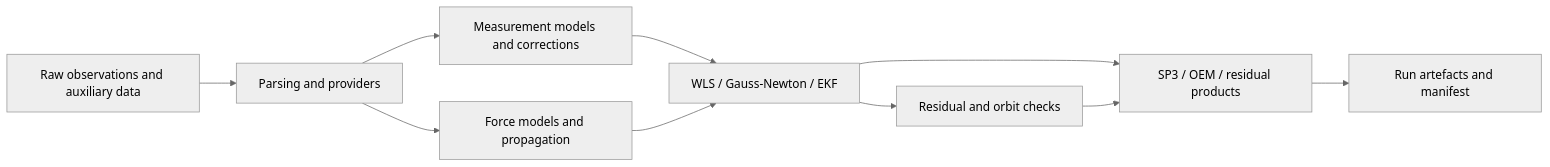
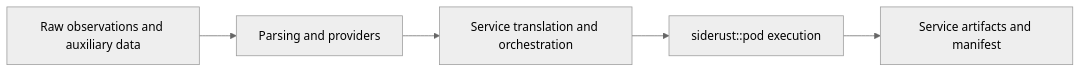
Before and after one commit to VPRamon/spod: the second of 2 diagrams in docs/architecture/overview.md, drawn with Mermaid (neutral theme). The commit also changed other lines of this file and 107 other files, not shown here.

````diff
--- a/docs/architecture/overview.md
+++ b/docs/architecture/overview.md
@@ -45,12 +41,7 @@
 ```mermaid
 flowchart LR
     RAW[Raw observations and auxiliary data] --> IO[Parsing and providers]
-    IO --> OBS[Measurement models and corrections]
-    IO --> DYN[Force models and propagation]
-    OBS --> EST[WLS / Gauss-Newton / EKF]
-    DYN --> EST
-    EST --> QC[Residual and orbit checks]
-    EST --> PROD[SP3 / OEM / residual products]
-    QC --> PROD
-    PROD --> OUT[Run artefacts and manifest]
+    IO --> SVC[Service translation and orchestration]
+    SVC --> POD[siderust::pod execution]
+    POD --> OUT[Service artifacts and manifest]
 ```
````
